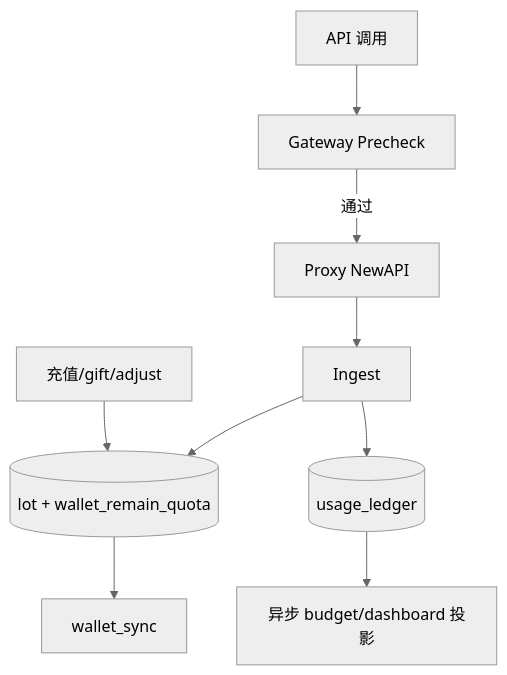
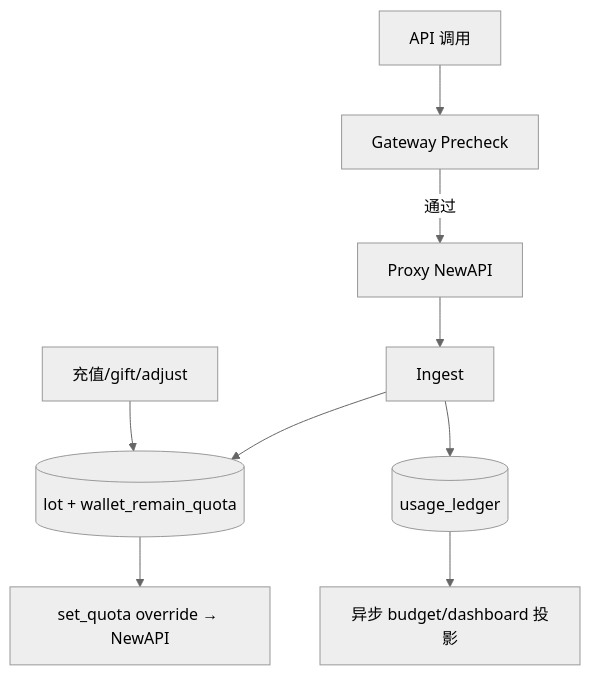
Before and after one commit to quyip8818/mytokenjoy: the third of 6 diagrams in apps/docs/Backend-计费模式.md, drawn with Mermaid (neutral theme). The commit also changed other lines of this file and 23 other files, not shown here.

First line of the commit message:
feat(billing): realtime wallet sync via set_quota override

````diff
--- a/apps/docs/Backend-计费模式.md
+++ b/apps/docs/Backend-计费模式.md
@@ -147,11 +147,11 @@
 ```mermaid
 flowchart TB
   Credit[充值/gift/adjust] --> LOT[(lot + wallet_remain_quota)]
   Call[API 调用] --> GW[Gateway Precheck]
   GW -->|通过| Proxy[Proxy NewAPI]
   Proxy --> ING[Ingest]
   ING --> LOT
   ING --> LED[(usage_ledger)]
   LED --> Proj[异步 budget/dashboard 投影]
-  LOT --> Sync[wallet_sync]
+  LOT --> Sync[set_quota override → NewAPI]
 ```
````
